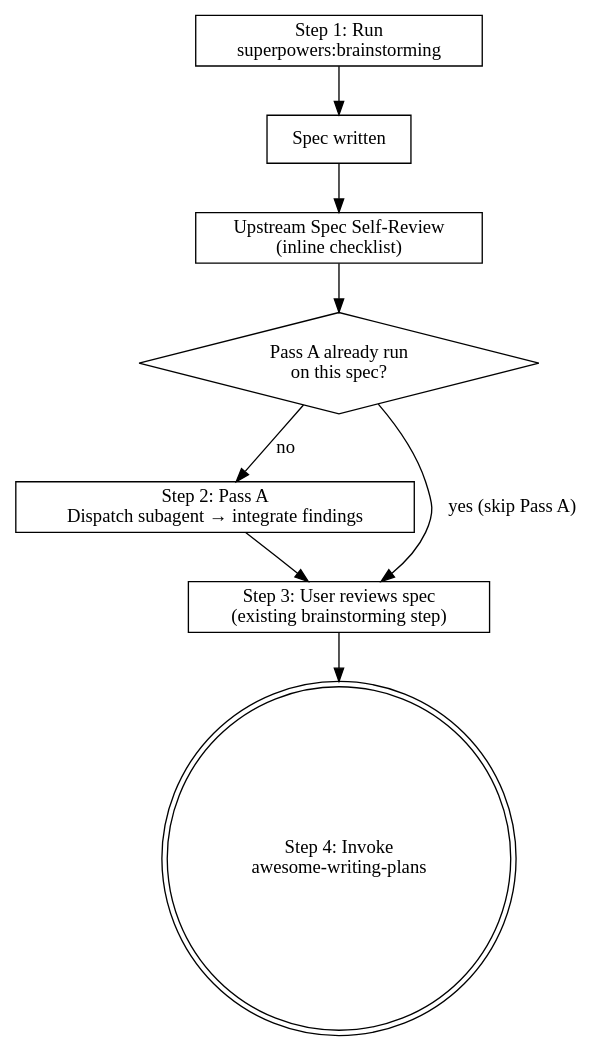
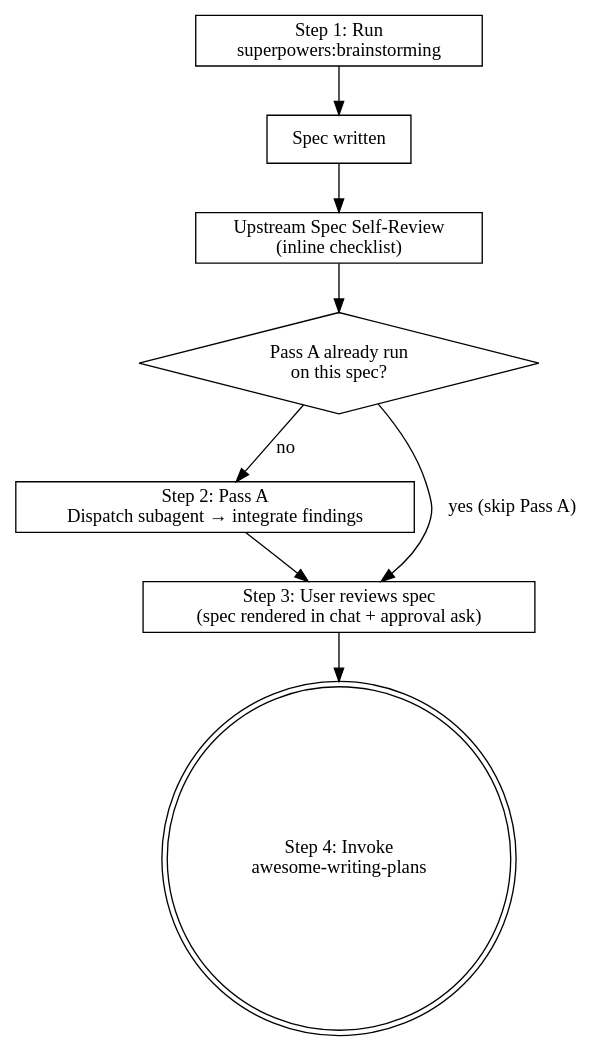
The diagram in skills/awesome-brainstorming/SKILL.md (sramji/awesome-superpowers), drawn with Graphviz before and after one commit. The commit also changed other lines of this file, not shown here.

First line of the commit message:
awesome-brainstorming: render the spec in chat before the review ask

````diff
--- a/skills/awesome-brainstorming/SKILL.md
+++ b/skills/awesome-brainstorming/SKILL.md
@@ -18,20 +24,20 @@
 ```dot
 digraph awesome_brainstorming {
     rankdir=TB;
     upstream [label="Step 1: Run\nsuperpowers:brainstorming" shape=box];
     written [label="Spec written" shape=box];
     self_review [label="Upstream Spec Self-Review\n(inline checklist)" shape=box];
     idempotency [label="Pass A already run\non this spec?" shape=diamond];
     pass_a [label="Step 2: Pass A\nDispatch subagent → integrate findings" shape=box];
-    user_review [label="Step 3: User reviews spec\n(existing brainstorming step)" shape=box];
+    user_review [label="Step 3: User reviews spec\n(spec rendered in chat + approval ask)" shape=box];
     handoff [label="Step 4: Invoke\nawesome-writing-plans" shape=doublecircle];
 
     upstream -> written;
     written -> self_review;
     self_review -> idempotency;
     idempotency -> user_review [label="yes (skip Pass A)"];
     idempotency -> pass_a [label="no"];
     pass_a -> user_review;
     user_review -> handoff;
 }
 ```
````
